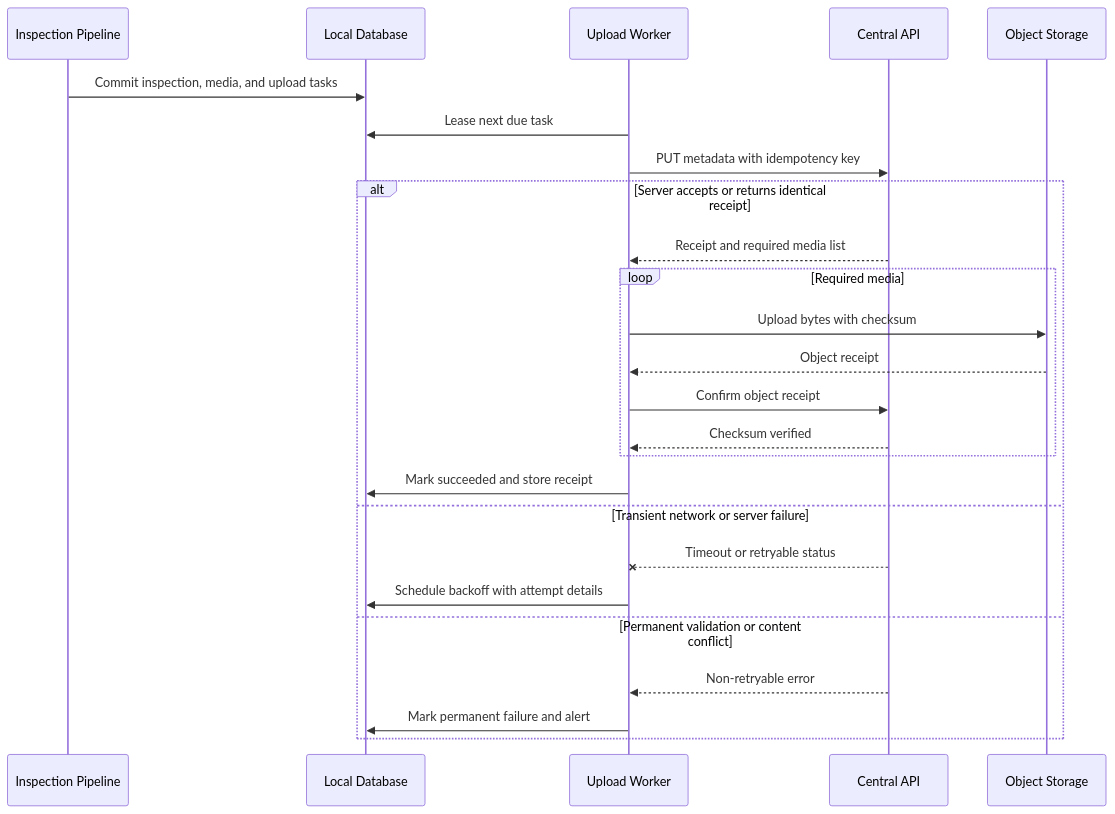
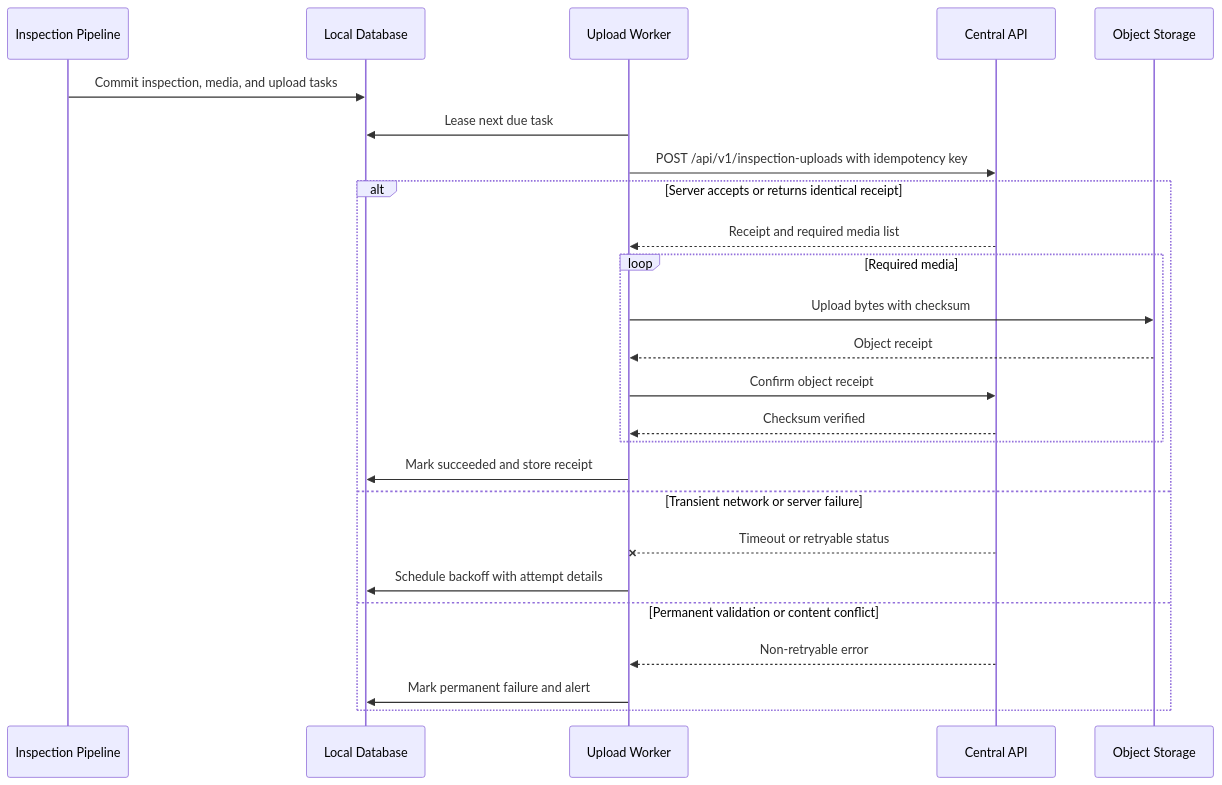
The first of 2 diagrams in docs/design/13-upload-and-synchronization.md (dream-studio-china/assembly-vision), drawn with Mermaid before and after one commit. The commit also changed other lines of this file and 46 other files, not shown here.

First line of the commit message:
docs: architecture review fixes, contracts alignment, and runbook set

````diff
--- a/docs/design/13-upload-and-synchronization.md
+++ b/docs/design/13-upload-and-synchronization.md
@@ -23,27 +23,27 @@
 ```mermaid
 sequenceDiagram
     participant Inspect as Inspection Pipeline
     participant DB as Local Database
     participant Worker as Upload Worker
     participant Server as Central API
     participant Objects as Object Storage
     Inspect->>DB: Commit inspection, media, and upload tasks
     Worker->>DB: Lease next due task
-    Worker->>Server: PUT metadata with idempotency key
+    Worker->>Server: POST /api/v1/inspection-uploads with idempotency key
     alt Server accepts or returns identical receipt
         Server-->>Worker: Receipt and required media list
         loop Required media
             Worker->>Objects: Upload bytes with checksum
             Objects-->>Worker: Object receipt
             Worker->>Server: Confirm object receipt
             Server-->>Worker: Checksum verified
         end
         Worker->>DB: Mark succeeded and store receipt
     else Transient network or server failure
         Server--xWorker: Timeout or retryable status
         Worker->>DB: Schedule backoff with attempt details
     else Permanent validation or content conflict
         Server-->>Worker: Non-retryable error
         Worker->>DB: Mark permanent failure and alert
     end
 ```
````
